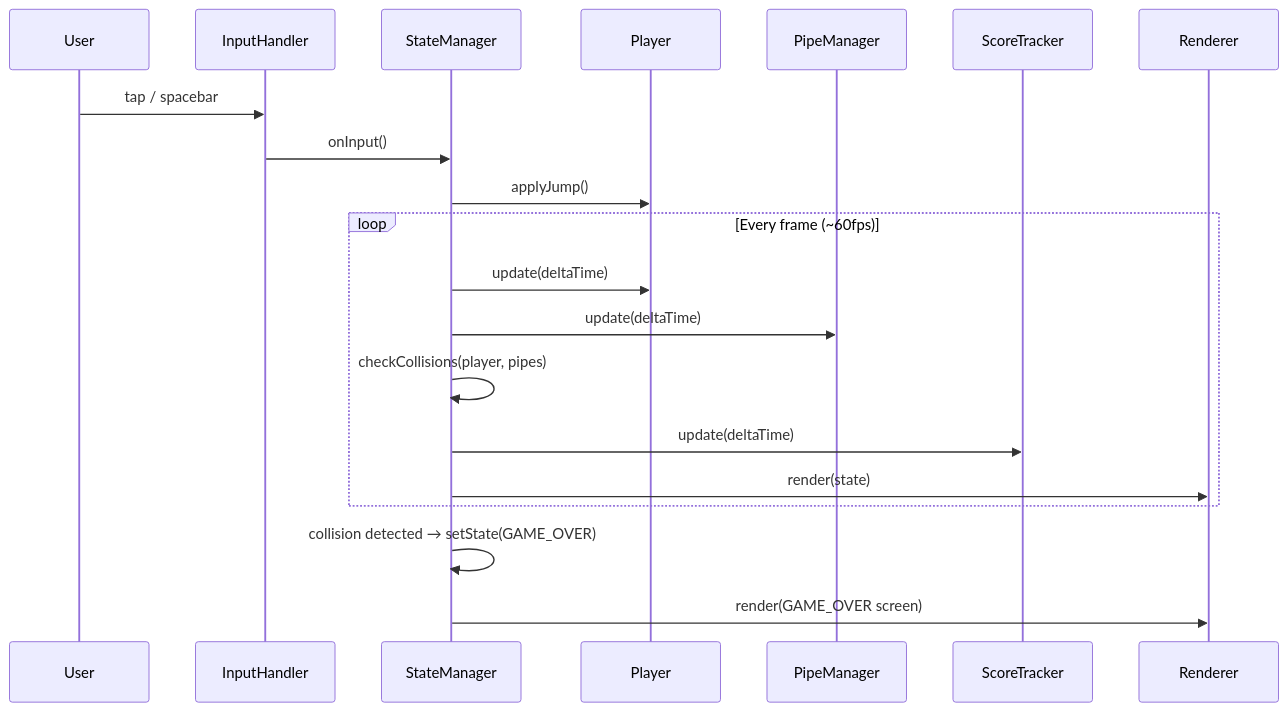
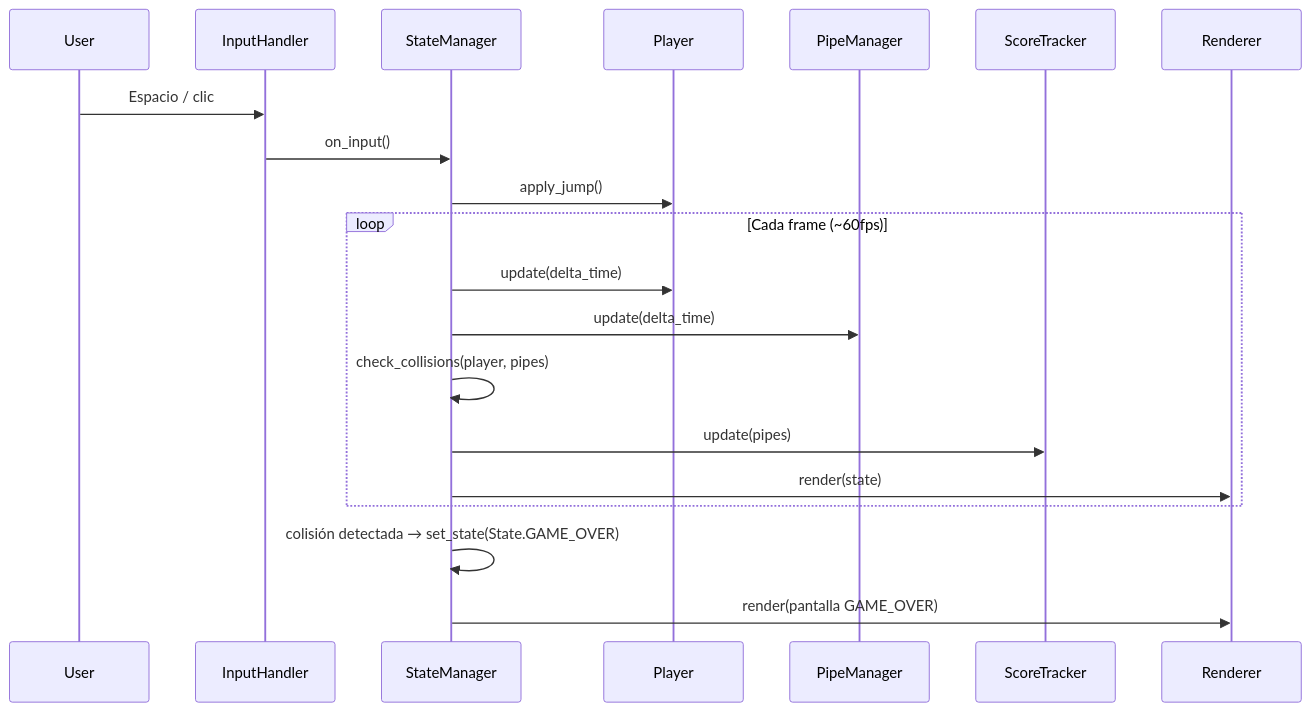
One commit to RnnoSd/kiro-introduction changed the third of 4 diagrams in .kiro/specs/kiro-endless-runner/design.md. Above: the diagram before and after it, drawn with Mermaid. The commit also changed other lines of this file, not shown here.

````diff
--- a/.kiro/specs/kiro-endless-runner/design.md
+++ b/.kiro/specs/kiro-endless-runner/design.md
@@ -73,25 +71,25 @@
 ```mermaid
 sequenceDiagram
     participant User
     participant IH as InputHandler
     participant SM as StateManager
     participant Player
     participant PM as PipeManager
     participant ST as ScoreTracker
     participant R as Renderer
 
-    User->>IH: tap / spacebar
-    IH->>SM: onInput()
-    SM->>Player: applyJump()
+    User->>IH: Espacio / clic
+    IH->>SM: on_input()
+    SM->>Player: apply_jump()
     
-    loop Every frame (~60fps)
-        SM->>Player: update(deltaTime)
-        SM->>PM: update(deltaTime)
-        SM->>SM: checkCollisions(player, pipes)
-        SM->>ST: update(deltaTime)
+    loop Cada frame (~60fps)
+        SM->>Player: update(delta_time)
+        SM->>PM: update(delta_time)
+        SM->>SM: check_collisions(player, pipes)
+        SM->>ST: update(pipes)
         SM->>R: render(state)
     end
 
-    SM->>SM: collision detected → setState(GAME_OVER)
-    SM->>R: render(GAME_OVER screen)
+    SM->>SM: colisión detectada → set_state(State.GAME_OVER)
+    SM->>R: render(pantalla GAME_OVER)
 ```
````
